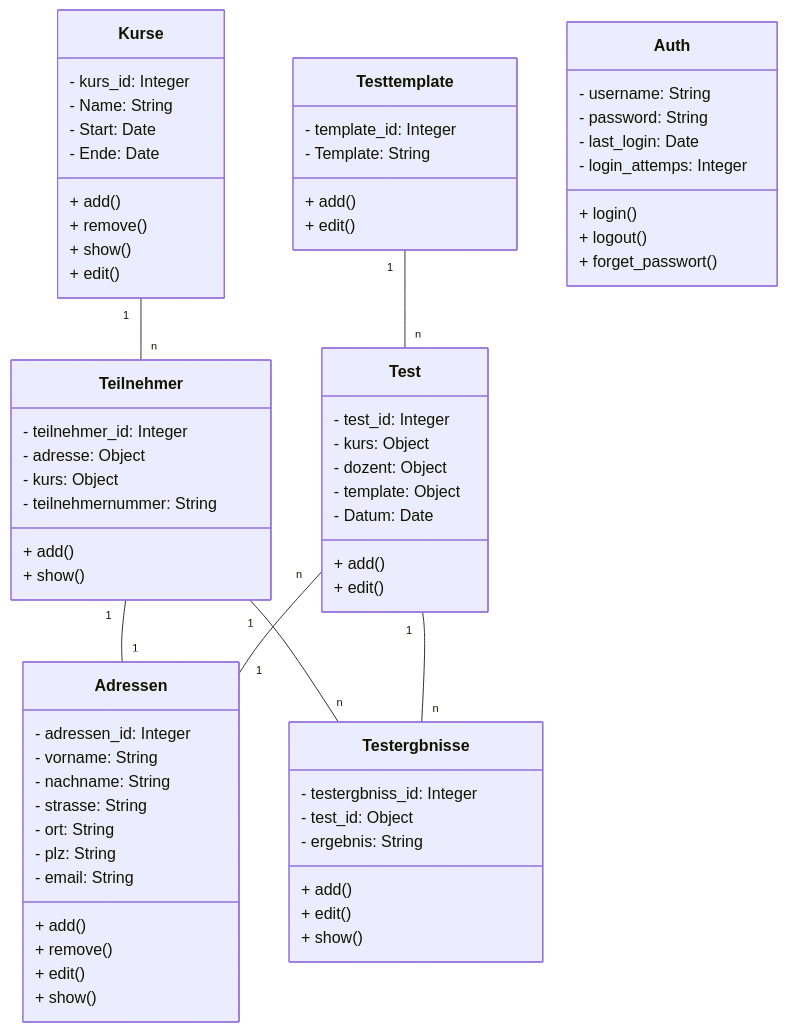
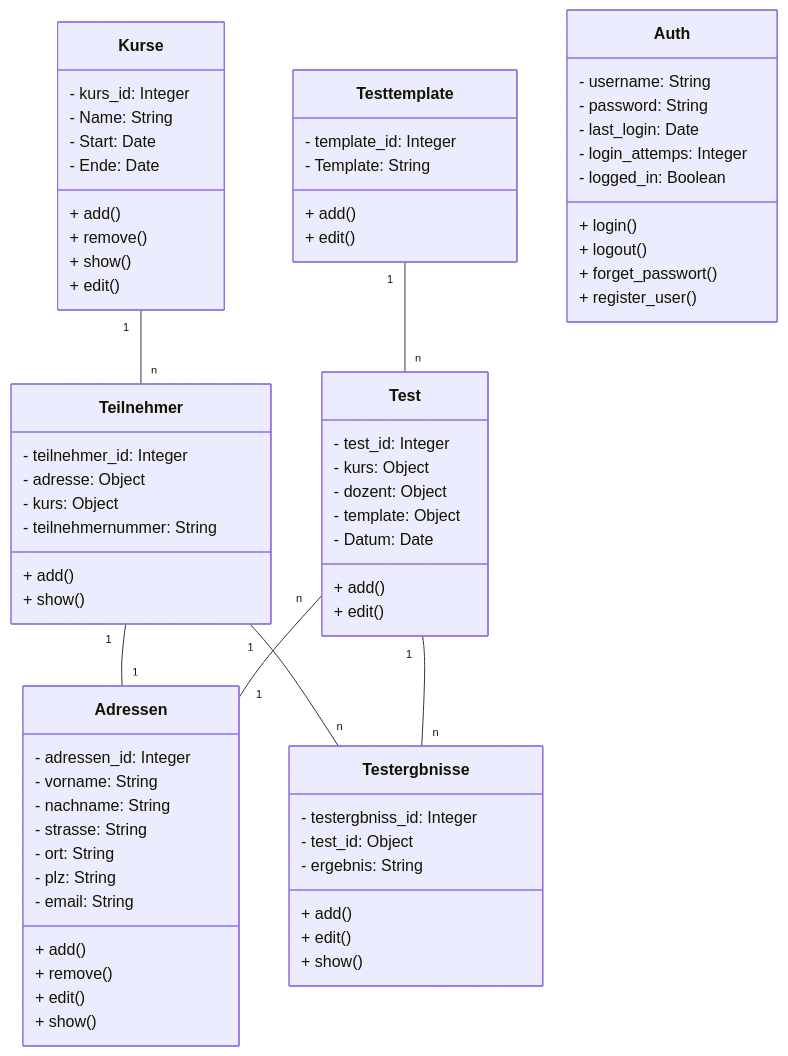
The diagram in doku/classes.md (sebmuel/kurs_project), drawn with Mermaid before and after one commit.

Commit message:
Updatet Classe Diagramm

```diff
--- a/doku/classes.md
+++ b/doku/classes.md
@@ -68,9 +68,11 @@
     - password: String
     - last_login: Date
     - login_attemps: Integer
+    - logged_in: Boolean
     + login()
     + logout()
     + forget_passwort()
+    + register_user()
 }
 
 Kurse "1" -- "n" Teilnehmer
```
